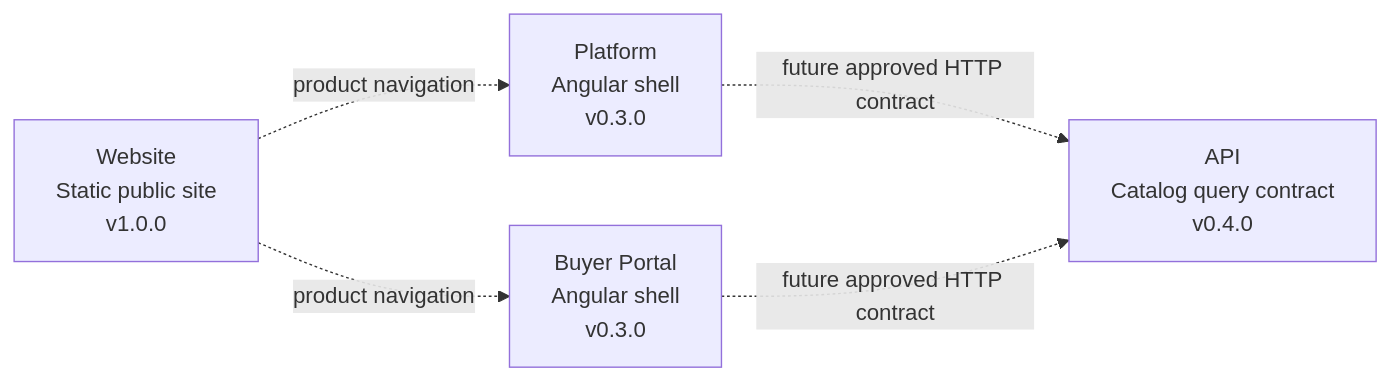
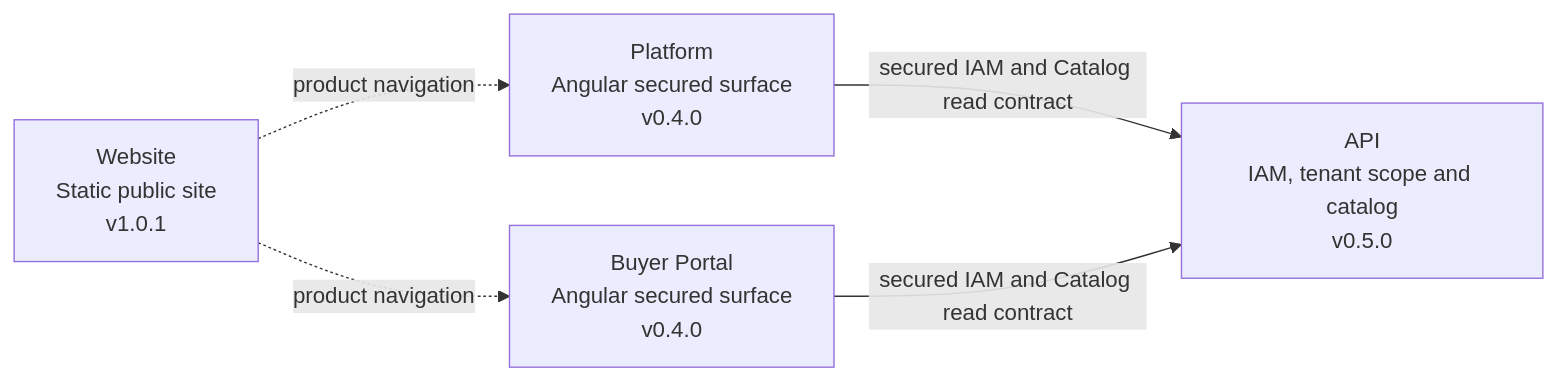
The diagram in README.md (nexa-suite/api), drawn with Mermaid before and after one commit. The commit also changed other lines of this file and 3 other files, not shown here.

````diff
--- a/README.md
+++ b/README.md
@@ -31,12 +31,12 @@
 ```mermaid
 flowchart LR
-    Website["Website<br/>Static public site<br/>v1.0.0"]
-    Platform["Platform<br/>Angular shell<br/>v0.3.0"]
-    Portal["Buyer Portal<br/>Angular shell<br/>v0.3.0"]
-    API["API<br/>Catalog query contract<br/>v0.4.0"]
+    Website["Website<br/>Static public site<br/>v1.0.1"]
+    Platform["Platform<br/>Angular secured surface<br/>v0.4.0"]
+    Portal["Buyer Portal<br/>Angular secured surface<br/>v0.4.0"]
+    API["API<br/>IAM, tenant scope and catalog<br/>v0.5.0"]
 
     Website -. "product navigation" .-> Platform
     Website -. "product navigation" .-> Portal
-    Platform -. "future approved HTTP contract" .-> API
-    Portal -. "future approved HTTP contract" .-> API
+    Platform -->|"secured IAM and Catalog read contract"| API
+    Portal -->|"secured IAM and Catalog read contract"| API
 ```
````
